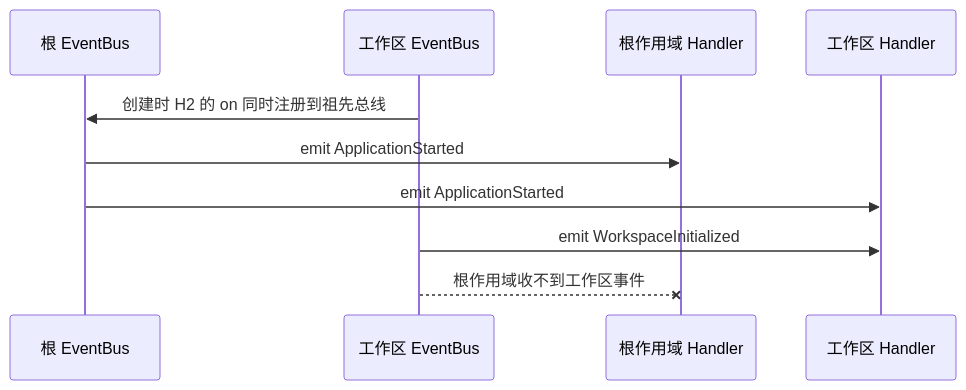
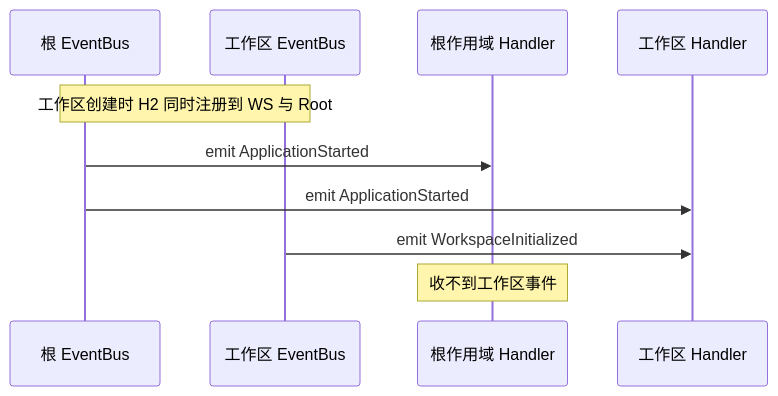
Before and after one commit to lfire/AFFiNE: the fourth of 5 diagrams in learning-guide/slides/decks/16.md, drawn with Mermaid. The commit also changed other lines of this file and 46 other files, not shown here.

````diff
--- a/learning-guide/slides/decks/16.md
+++ b/learning-guide/slides/decks/16.md
@@ -290,12 +310,12 @@
 ```mermaid
 sequenceDiagram
   participant Root as 根 EventBus
   participant WS as 工作区 EventBus
   participant H1 as 根作用域 Handler
   participant H2 as 工作区 Handler
-  WS->>Root: 创建时 H2 的 on 同时注册到祖先总线
+  Note over WS,Root: 工作区创建时 H2 同时注册到 WS 与 Root
   Root->>H1: emit ApplicationStarted
   Root->>H2: emit ApplicationStarted
   WS->>H2: emit WorkspaceInitialized
-  WS--xH1: 根作用域收不到工作区事件
+  Note over H1: 收不到工作区事件
 ```
````
